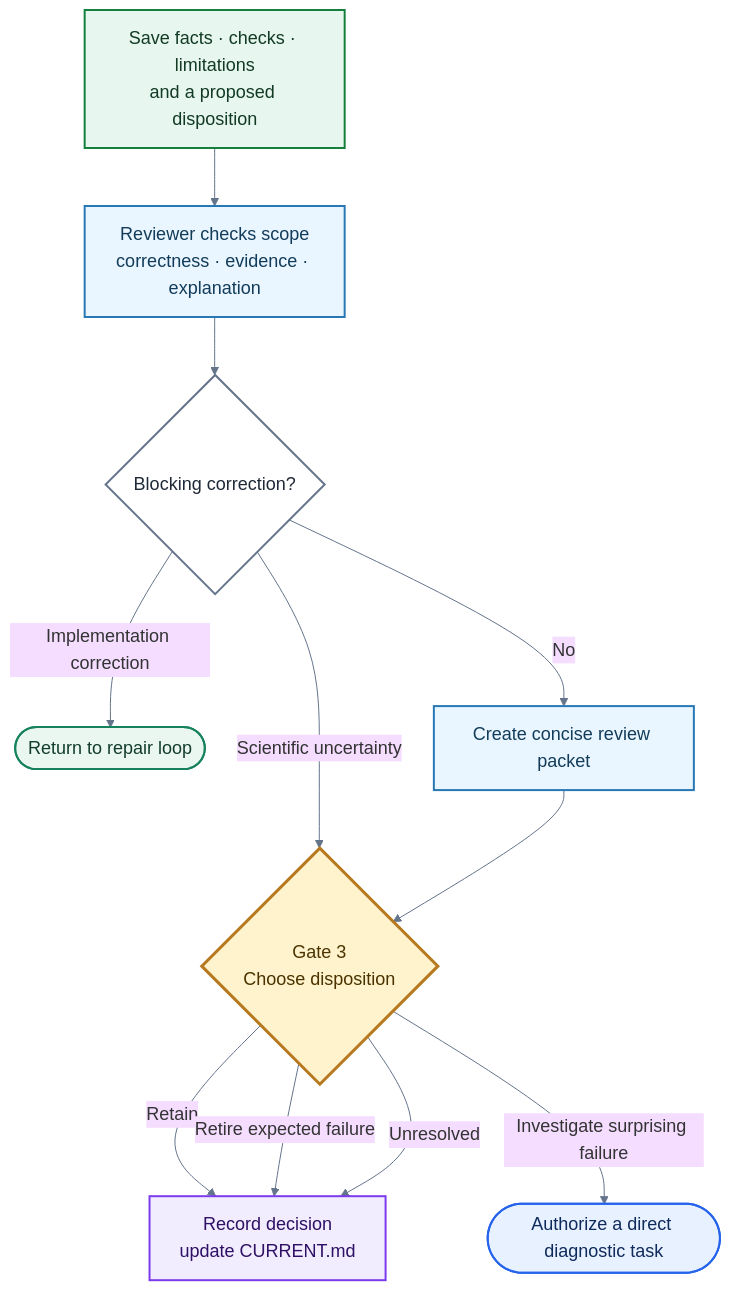
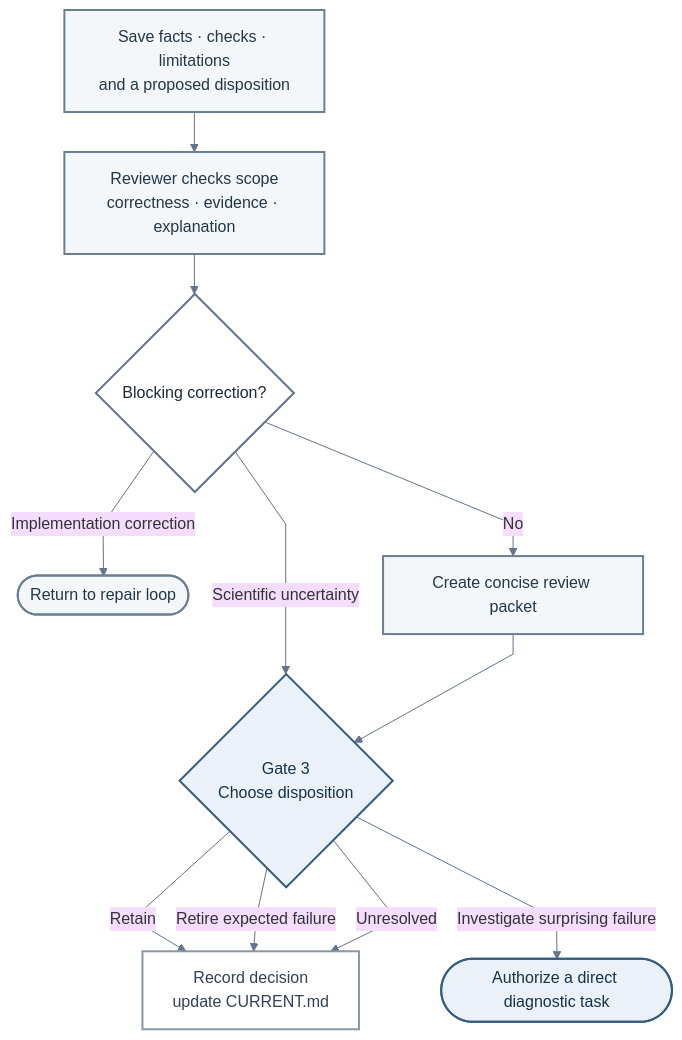
Before and after one commit to Jhziiiig/research-agent-template: the fourth of 8 diagrams in workflow/PROCESS_MAP.md, drawn with Mermaid. The commit also changed other lines of this file and 2 other files, not shown here.

````diff
--- a/workflow/PROCESS_MAP.md
+++ b/workflow/PROCESS_MAP.md
@@ -90,23 +90,23 @@
 ```mermaid
-%%{init: {"theme":"base","themeVariables":{"fontFamily":"Arial, sans-serif","fontSize":"18px","lineColor":"#64748B"},"flowchart":{"curve":"basis","nodeSpacing":44,"rankSpacing":58,"htmlLabels":true}}}%%
+%%{init: {"theme":"base","themeVariables":{"fontFamily":"Arial, sans-serif","fontSize":"16px","lineColor":"#64748B"},"flowchart":{"curve":"linear","nodeSpacing":28,"rankSpacing":40,"htmlLabels":true}}}%%
 flowchart TB
     Evidence[Save facts · checks · limitations<br/>and a proposed disposition]:::evidence
     Evidence --> Review[Reviewer checks scope<br/>correctness · evidence · explanation]:::review
     Review --> Finding{Blocking correction?}:::decision
     Finding -- Implementation correction --> Repair([Return to repair loop]):::agent
     Finding -- Scientific uncertainty --> G3{Gate 3<br/>Choose disposition}:::gate
     Finding -- No --> Packet[Create concise review packet]:::review
     Packet --> G3
     G3 -- Retain --> Record[Record decision<br/>update CURRENT.md]:::file
     G3 -- Investigate surprising failure --> Diagnostic([Authorize a direct diagnostic task]):::human
     G3 -- Retire expected failure --> Record
     G3 -- Unresolved --> Record
 
-    classDef human fill:#E8F1FF,stroke:#2563EB,color:#0F2B5B,stroke-width:2px;
-    classDef gate fill:#FFF3CD,stroke:#B7791F,color:#4A3300,stroke-width:3px;
-    classDef agent fill:#EAF7F0,stroke:#16825D,color:#123C2E,stroke-width:2px;
-    classDef evidence fill:#E7F7EF,stroke:#15803D,color:#123A24,stroke-width:2px;
-    classDef review fill:#E9F5FF,stroke:#2878B5,color:#123C5A,stroke-width:2px;
-    classDef file fill:#F2ECFF,stroke:#7C3AED,color:#2E1065,stroke-width:2px;
+    classDef human fill:#EAF1F8,stroke:#355C7D,color:#183247,stroke-width:2px;
+    classDef gate fill:#EAF1F8,stroke:#355C7D,color:#183247,stroke-width:2px;
+    classDef agent fill:#F4F7FA,stroke:#6B7F91,color:#243746,stroke-width:2px;
+    classDef evidence fill:#F4F7FA,stroke:#6B7F91,color:#243746,stroke-width:2px;
+    classDef review fill:#F4F7FA,stroke:#6B7F91,color:#243746,stroke-width:2px;
+    classDef file fill:#FFFFFF,stroke:#8A98A5,color:#334155,stroke-width:2px;
     classDef decision fill:#FFFFFF,stroke:#64748B,color:#1F2937,stroke-width:2px;
 ```
````
